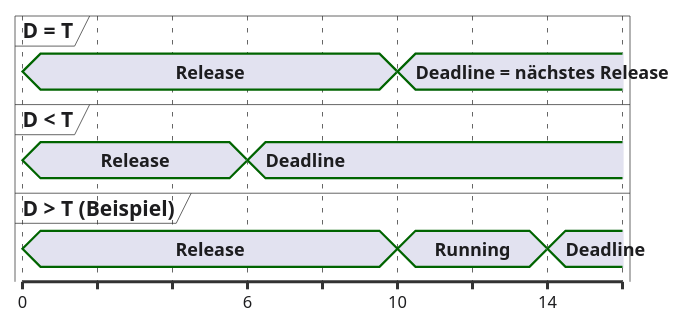
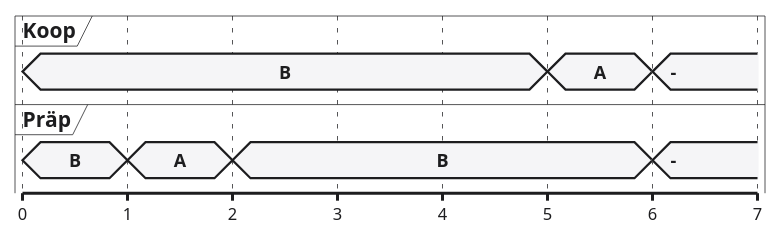
One commit to dantschi/echtzeitsysteme changed the third of 10 diagrams in vorlesungen/02_scheduling-theorie.qmd. Above: the diagram before and after it, drawn with PlantUML. The commit also changed other lines of this file and 6 other files, not shown here.

````diff
--- a/vorlesungen/02_scheduling-theorie.qmd
+++ b/vorlesungen/02_scheduling-theorie.qmd
@@ -263,28 +323,54 @@
 ```{.plantuml}
 @startuml
 skinparam backgroundColor transparent
 skinparam defaultFontName "Inter, sans-serif"
 skinparam defaultFontColor #1D1D1F
 skinparam ArrowColor #86868B
+skinparam NoteBackgroundColor #F5F5F7
+skinparam NoteBorderColor #E5E5EA
 skinparam timing {
-  BackgroundColor #FFFFFF
-  BorderColor #E5E5EA
+ BackgroundColor #FFFFFF
+ BorderColor #E5E5EA
+ LineColor #1D1D1F
+ SignalColor #E2001A
+}
+<style>
+timingDiagram {
+ FontName sans-serif
+ FontColor #1D1D1F
+ LineColor #1D1D1F
+ arrow {
+  LineColor #86868B
+  FontColor #1D1D1F
+ }
+ concise {
+  FontName sans-serif
+  FontColor #1D1D1F
   LineColor #1D1D1F
-  SignalColor #E2001A
+  BackGroundColor #F5F5F7
+ }
+ robust {
+  FontName sans-serif
+  FontColor #1D1D1F
+  LineColor #1D1D1F
+  BackGroundColor #FFFFFF
+ }
 }
-concise "D = T" as A
-concise "D < T" as B
-concise "D > T (Beispiel)" as C
+</style>
+scale 1 as 70 pixels
+concise "Koop" as K
+concise "Präp" as P
 @0
-A is Release
-B is Release
-C is Release
+K is "B"
+P is "B"
+@1
+P is "A"
+@2
+P is "B"
+@5
+K is "A"
 @6
-B is Deadline
-@10
-A is "Deadline = nächstes Release"
-C is Running
-@14
-C is Deadline
+K is "–"
+P is "–"
 @enduml
 ```
````
